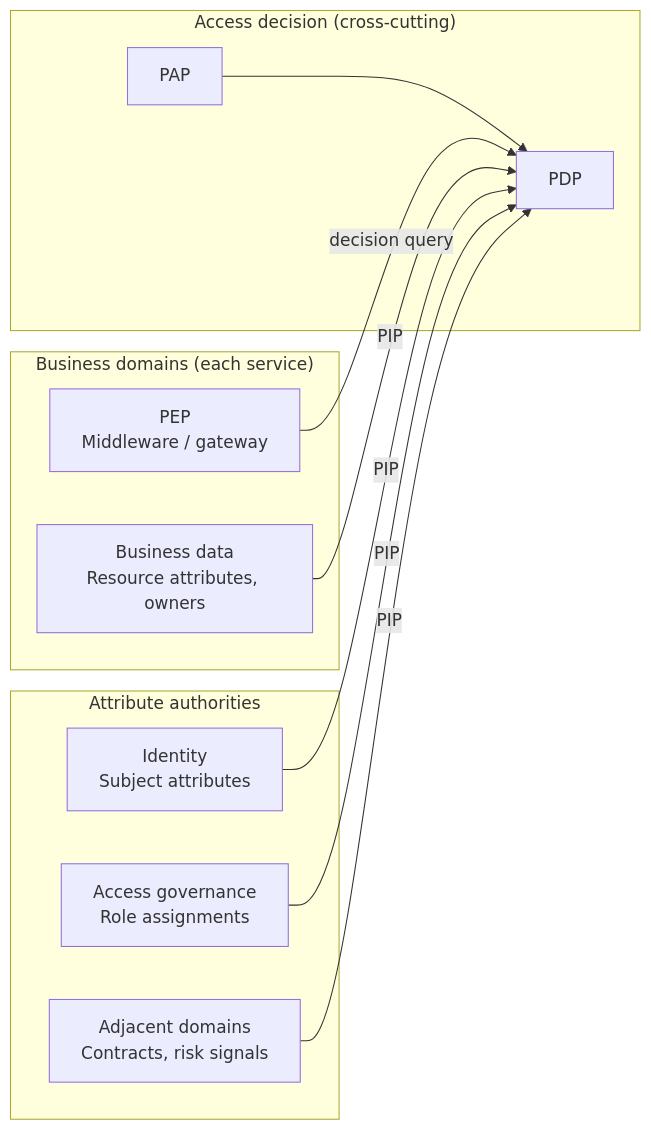
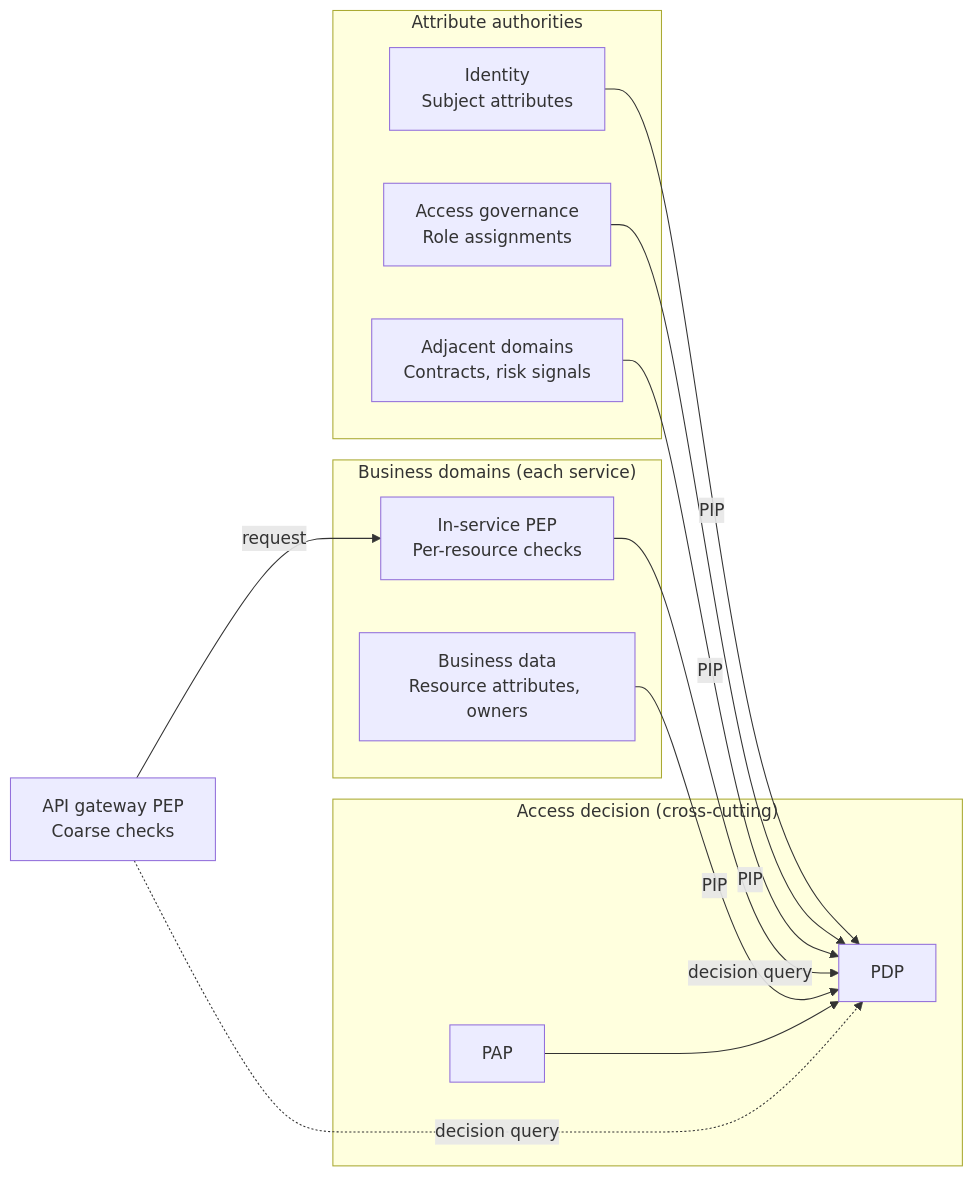
Before and after one commit to bmf-san/bmf-tech: the third of 4 diagrams in content/en/posts/authorization-architecture-models-engines.md, drawn with Mermaid. The commit also changed other lines of this file and 1 other file, not shown here.

Commit message:
docs: 認可のモデルの記事で、PEPの図をゲートウェイとサービス内に分け、設計の要点を外し、モデルの組み合わせの図と一覧の出典の範囲を直す

````diff
--- a/content/en/posts/authorization-architecture-models-engines.md
+++ b/content/en/posts/authorization-architecture-models-engines.md
@@ -93,22 +93,25 @@
 ```mermaid
 flowchart LR
+    GW["API gateway PEP<br/>Coarse checks"]
     subgraph BIZ["Business domains (each service)"]
-        PEP1["PEP<br/>Middleware / gateway"]
+        PEP1["In-service PEP<br/>Per-resource checks"]
         DATA["Business data<br/>Resource attributes, owners"]
     end
     subgraph AD["Access decision (cross-cutting)"]
         PDP1["PDP"]
         PAP1["PAP"]
     end
     subgraph SRC["Attribute authorities"]
         IDN["Identity<br/>Subject attributes"]
         GOV["Access governance<br/>Role assignments"]
         ADJ["Adjacent domains<br/>Contracts, risk signals"]
     end
+    GW -- "request" --> PEP1
+    GW -. "decision query" .-> PDP1
     PEP1 -- "decision query" --> PDP1
     PAP1 --> PDP1
     IDN -- "PIP" --> PDP1
     GOV -- "PIP" --> PDP1
     ADJ -- "PIP" --> PDP1
     DATA -- "PIP" --> PDP1
 ```
````
